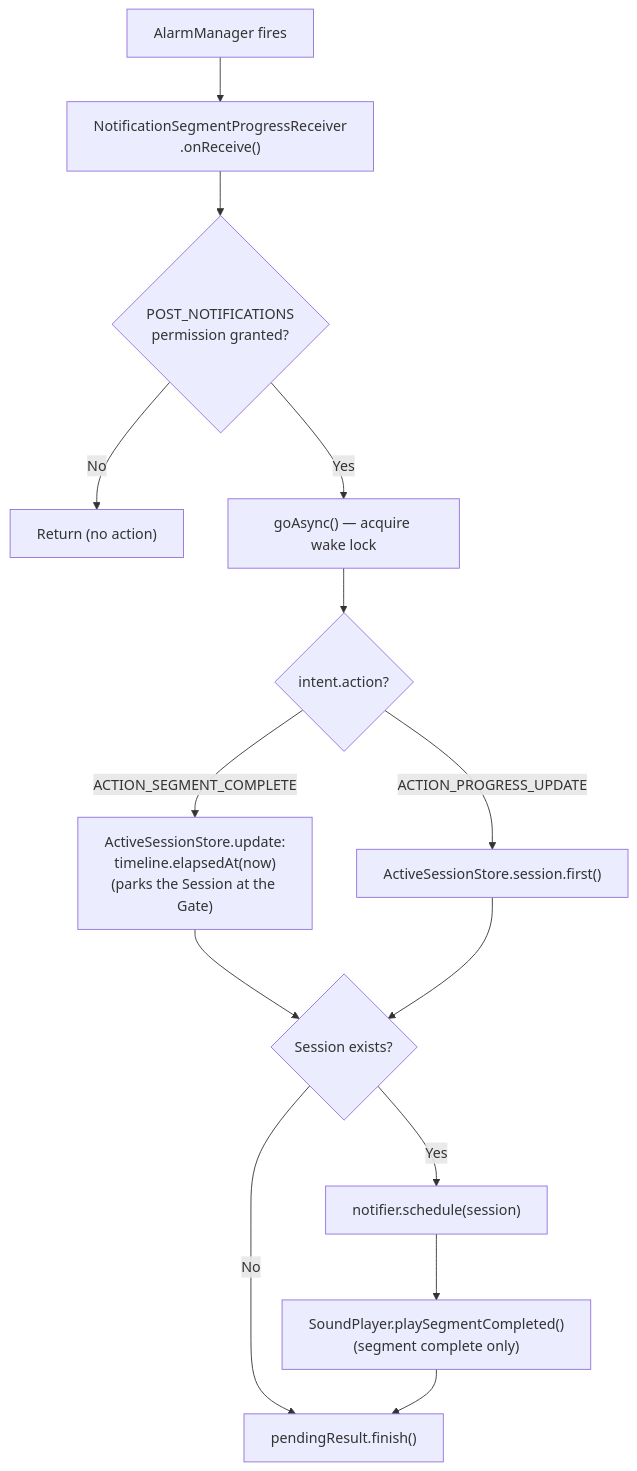
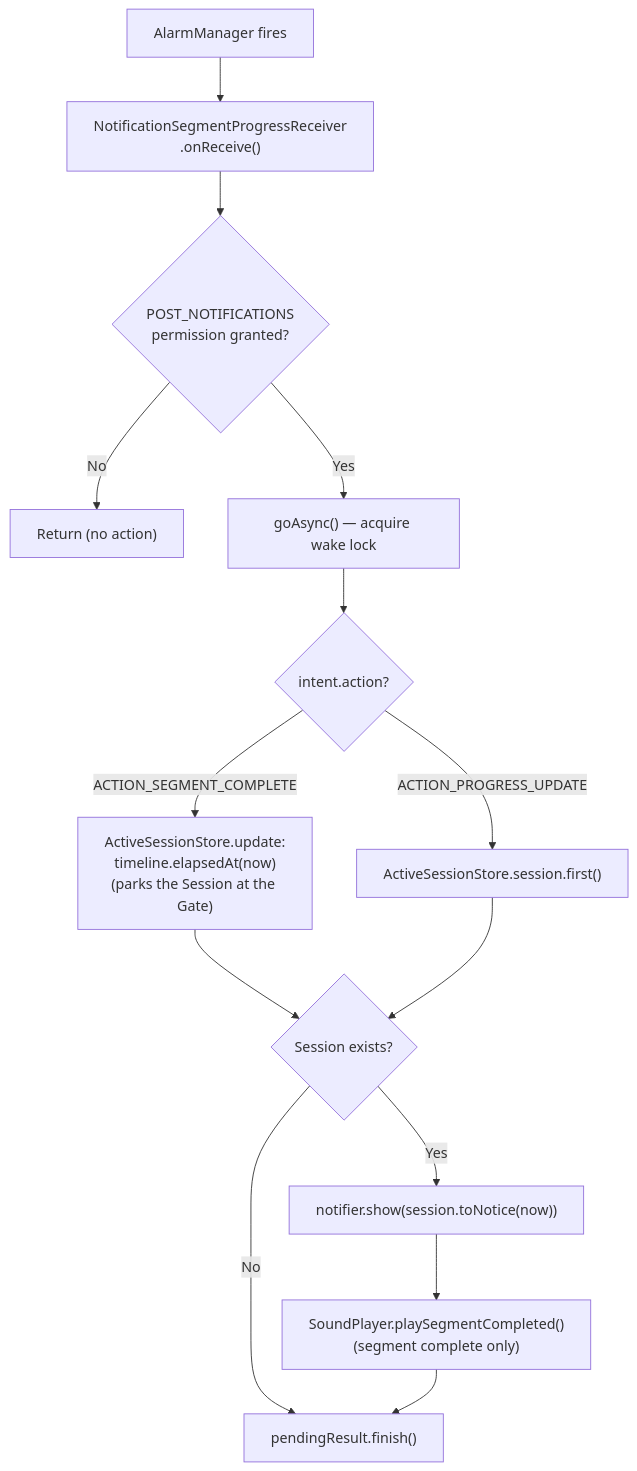
The sixth of 9 diagrams in docs/features/notification/README.md (fakhrymubarak/PomoDojo), drawn with Mermaid before and after one commit. The commit also changed other lines of this file and 28 other files, not shown here.

First line of the commit message:
refactor(notification): show one SessionNotice on every platform

````diff
--- a/docs/features/notification/README.md
+++ b/docs/features/notification/README.md
@@ -209,16 +165,16 @@
 ```mermaid
 flowchart TD
     ALARM["AlarmManager fires"] --> RECEIVER["NotificationSegmentProgressReceiver\n.onReceive()"]
     RECEIVER --> PERM_CHECK{"POST_NOTIFICATIONS\npermission granted?"}
     PERM_CHECK -->|No| RETURN_EARLY["Return (no action)"]
     PERM_CHECK -->|Yes| ASYNC["goAsync() — acquire wake lock"]
     ASYNC --> ACTION{"intent.action?"}
     ACTION -->|" ACTION_SEGMENT_COMPLETE "| PARK["ActiveSessionStore.update:\ntimeline.elapsedAt(now)\n(parks the Session at the Gate)"]
     ACTION -->|" ACTION_PROGRESS_UPDATE "| READ["ActiveSessionStore.session.first()"]
     PARK --> HAS_SESSION{"Session exists?"}
     READ --> HAS_SESSION
     HAS_SESSION -->|No| FINISH["pendingResult.finish()"]
-    HAS_SESSION -->|Yes| RESCHEDULE["notifier.schedule(session)"]
+    HAS_SESSION -->|Yes| RESCHEDULE["notifier.show(session.toNotice(now))"]
     RESCHEDULE --> PLAY_SOUND["SoundPlayer.playSegmentCompleted()\n(segment complete only)"]
     PLAY_SOUND --> FINISH
 ```
````
